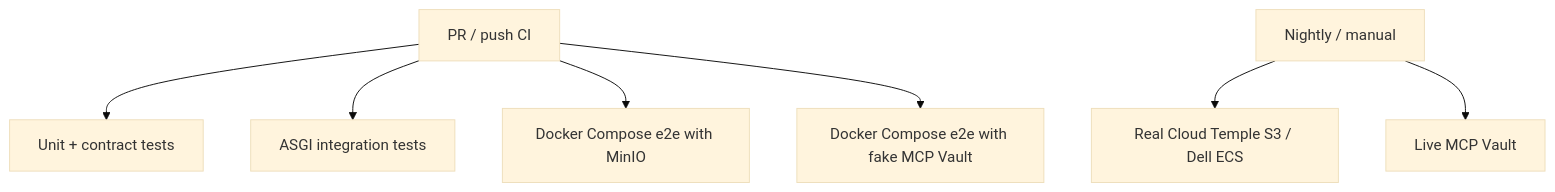
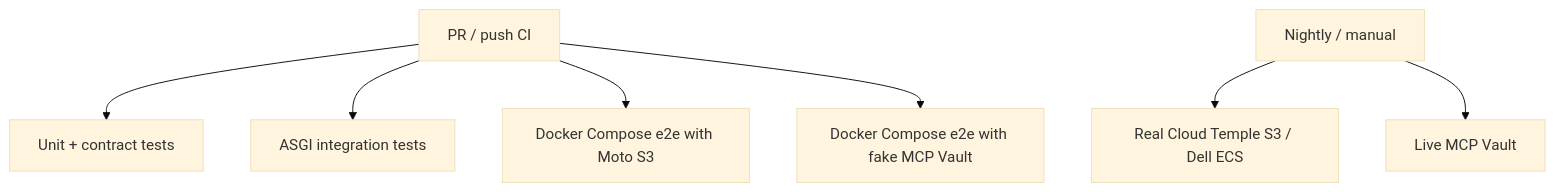
Before and after one commit to Cloud-Temple/starter-kit: the diagram in tests/README.md, drawn with Mermaid (base theme). The commit also changed other lines of this file and 20 other files, not shown here.

````diff
--- a/tests/README.md
+++ b/tests/README.md
@@ -7,10 +7,10 @@
 ```mermaid
 flowchart TD
     A[PR / push CI] --> B[Unit + contract tests]
     A --> C[ASGI integration tests]
-    A --> D[Docker Compose e2e with MinIO]
+    A --> D[Docker Compose e2e with Moto S3]
     A --> E[Docker Compose e2e with fake MCP Vault]
 
     F[Nightly / manual] --> G[Real Cloud Temple S3 / Dell ECS]
     F --> H[Live MCP Vault]
 ```
````
